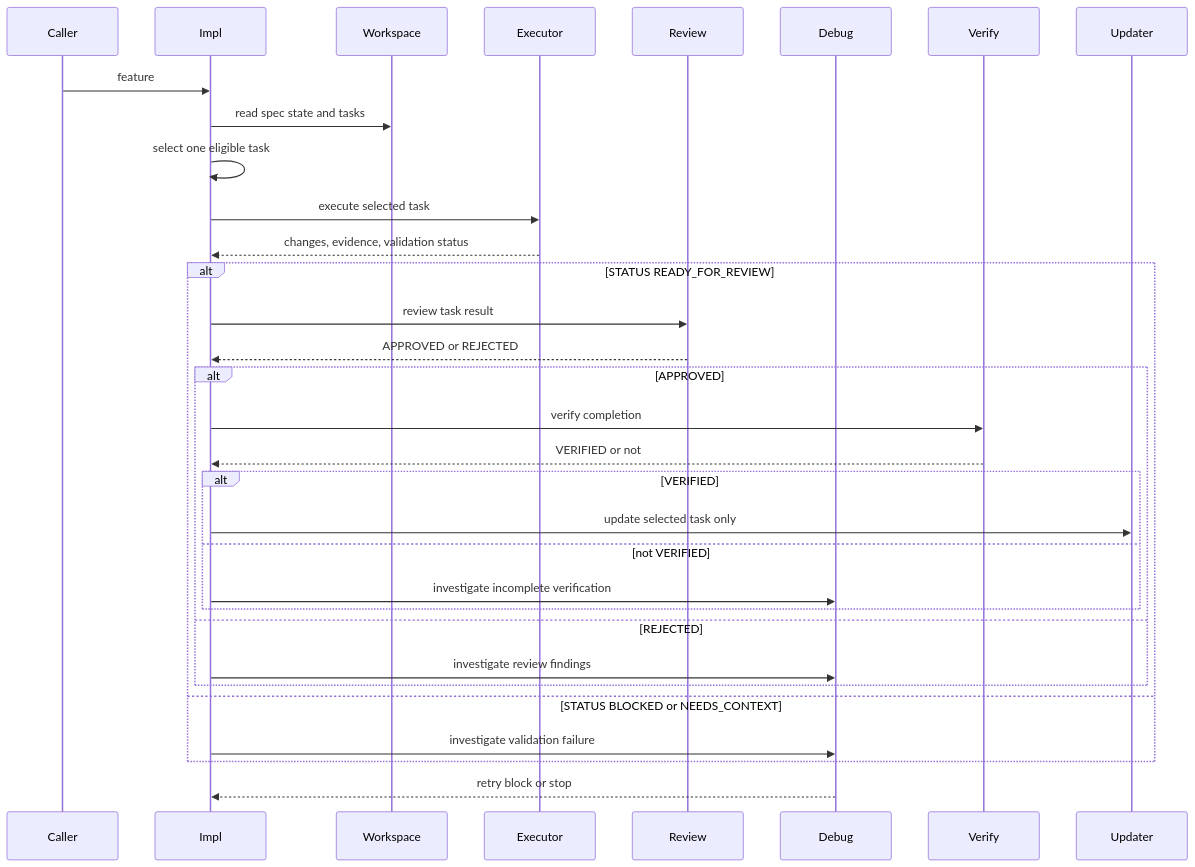
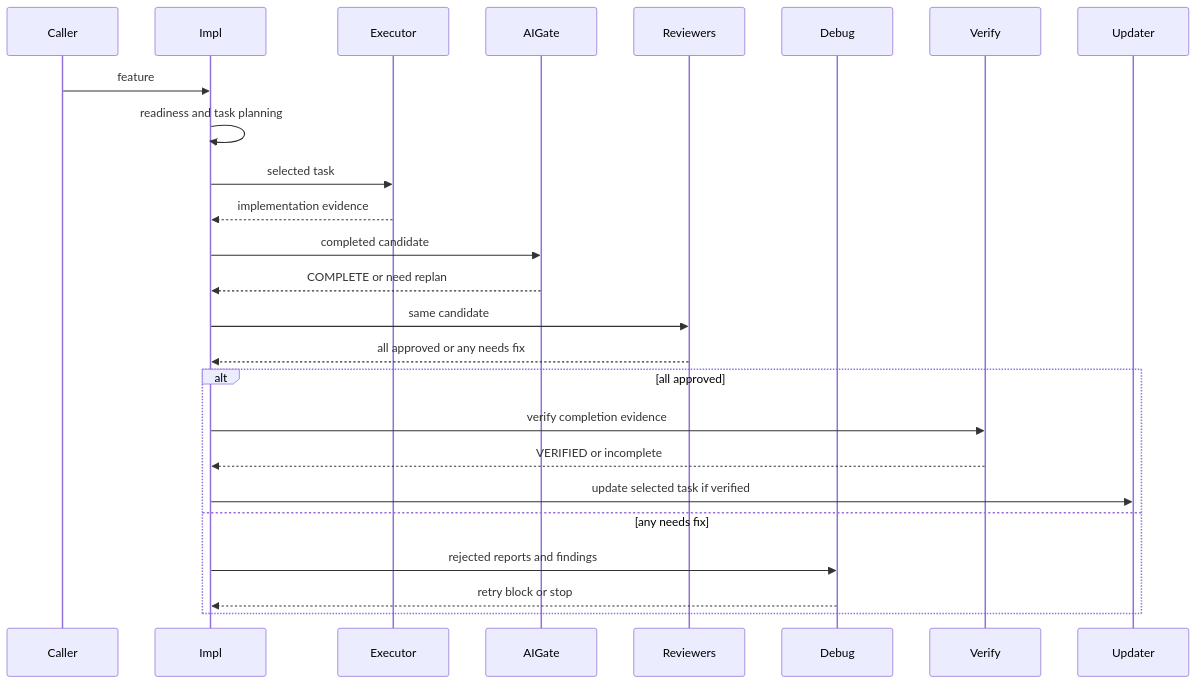
Before and after one commit to j5ik2o/takt-sdd: the second of 4 diagrams in .kiro/specs/kiro-iterative-implementation-workflow/design.md, drawn with Mermaid. The commit also changed other lines of this file and 22 other files, not shown here.

Commit message:
feat(kiro): add parallel implementation reviewers

````diff
--- a/.kiro/specs/kiro-iterative-implementation-workflow/design.md
+++ b/.kiro/specs/kiro-iterative-implementation-workflow/design.md
@@ -207,34 +174,27 @@
 ```mermaid
 sequenceDiagram
     participant Caller
     participant Impl
-    participant Workspace
     participant Executor
-    participant Review
+    participant AIGate
+    participant Reviewers
     participant Debug
     participant Verify
     participant Updater
     Caller->>Impl: feature
-    Impl->>Workspace: read spec state and tasks
-    Impl->>Impl: select one eligible task
-    Impl->>Executor: execute selected task
-    Executor-->>Impl: changes, evidence, validation status
-    alt STATUS READY_FOR_REVIEW
-        Impl->>Review: review task result
-        Review-->>Impl: APPROVED or REJECTED
-        alt APPROVED
-            Impl->>Verify: verify completion
-            Verify-->>Impl: VERIFIED or not
-            alt VERIFIED
-                Impl->>Updater: update selected task only
-            else not VERIFIED
-                Impl->>Debug: investigate incomplete verification
-            end
-        else REJECTED
-            Impl->>Debug: investigate review findings
-        end
-    else STATUS BLOCKED or NEEDS_CONTEXT
-        Impl->>Debug: investigate validation failure
+    Impl->>Impl: readiness and task planning
+    Impl->>Executor: selected task
+    Executor-->>Impl: implementation evidence
+    Impl->>AIGate: completed candidate
+    AIGate-->>Impl: COMPLETE or need replan
+    Impl->>Reviewers: same candidate
+    Reviewers-->>Impl: all approved or any needs fix
+    alt all approved
+        Impl->>Verify: verify completion evidence
+        Verify-->>Impl: VERIFIED or incomplete
+        Impl->>Updater: update selected task if verified
+    else any needs fix
+        Impl->>Debug: rejected reports and findings
+        Debug-->>Impl: retry block or stop
     end
-    Debug-->>Impl: retry block or stop
 ```
````
